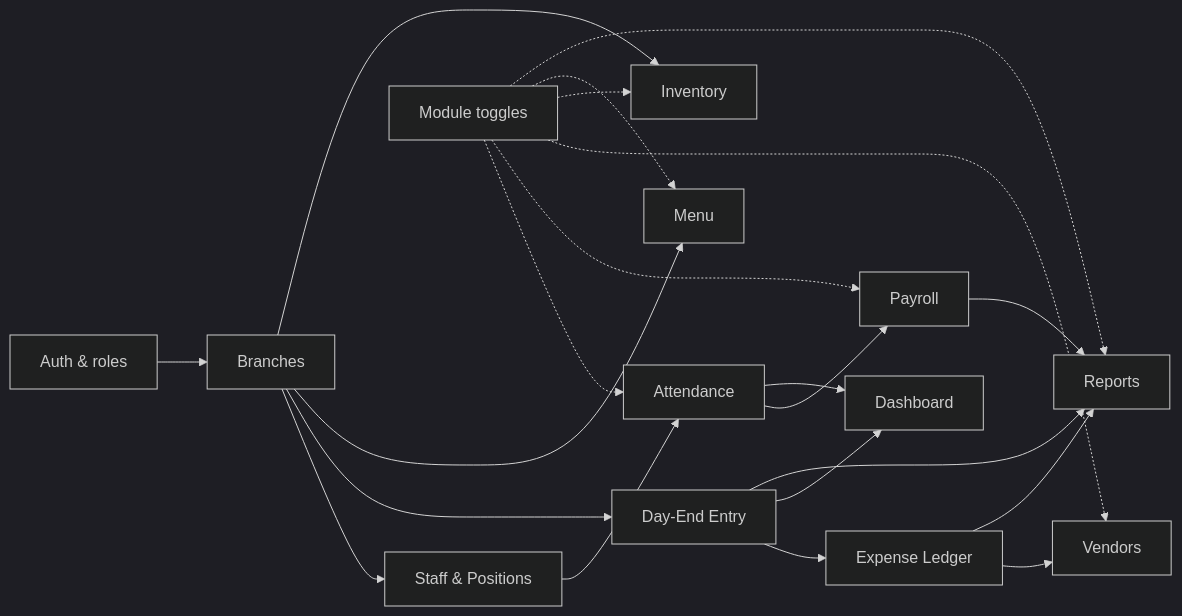
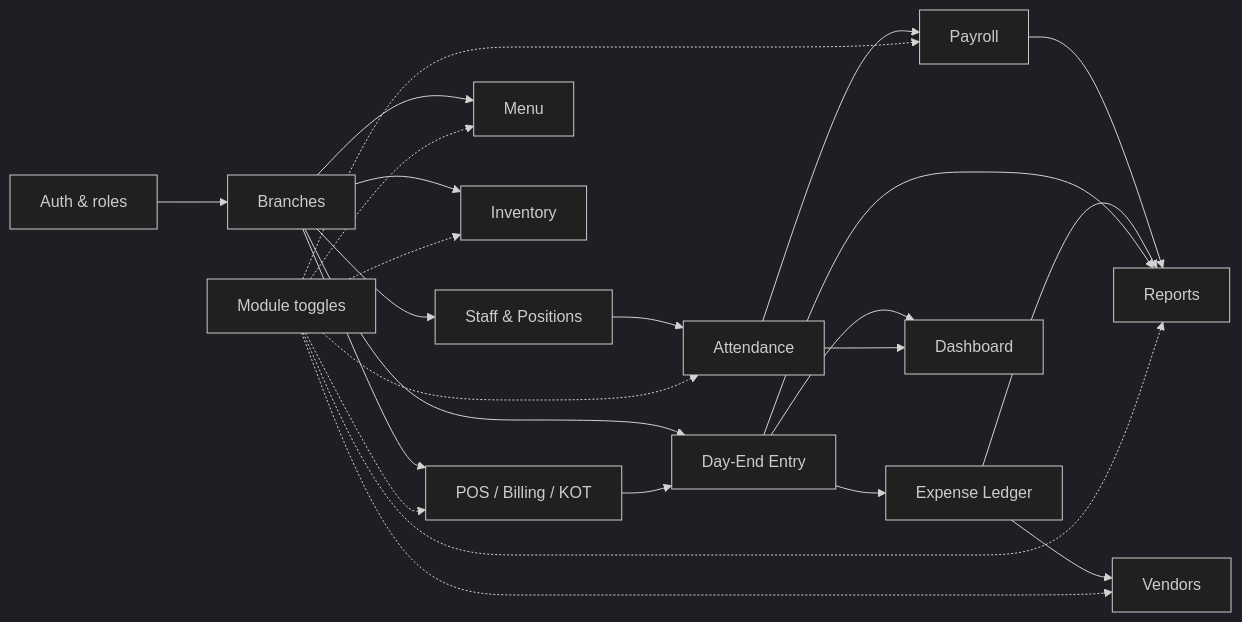
Diagram 15 of 15 in Documentations/MODULE-MAPS.md (AbhishekS-381/Sree-Vaishnaves-Management), drawn with Mermaid (dark theme) before and after one commit. The commit also changed other lines of this file and 60 other files, not shown here.

Commit message:
feat(pos): implement POS, billing, and KOT system with full test coverage and docs

````diff
--- a/Documentations/MODULE-MAPS.md
+++ b/Documentations/MODULE-MAPS.md
@@ -320,23 +371,26 @@
 ```mermaid
 graph LR
   AUTH["Auth & roles"] --> BRANCH["Branches"]
   BRANCH --> STAFF["Staff & Positions"]
   STAFF --> ATT["Attendance"]
   ATT --> PAY["Payroll"]
   BRANCH --> EOD["Day-End Entry"]
   EOD --> EXP["Expense Ledger"]
   EXP --> VEN["Vendors"]
   BRANCH --> MENU["Menu"]
   BRANCH --> INV["Inventory"]
+  BRANCH --> POS["POS / Billing / KOT"]
+  POS --> EOD
   EOD --> DASH["Dashboard"]
   ATT --> DASH
   PAY --> REP["Reports"]
   EXP --> REP
   EOD --> REP
   CONFIG["Module toggles"] -.-> ATT
   CONFIG -.-> PAY
   CONFIG -.-> VEN
   CONFIG -.-> INV
   CONFIG -.-> MENU
   CONFIG -.-> REP
+  CONFIG -.-> POS
 ```
````
